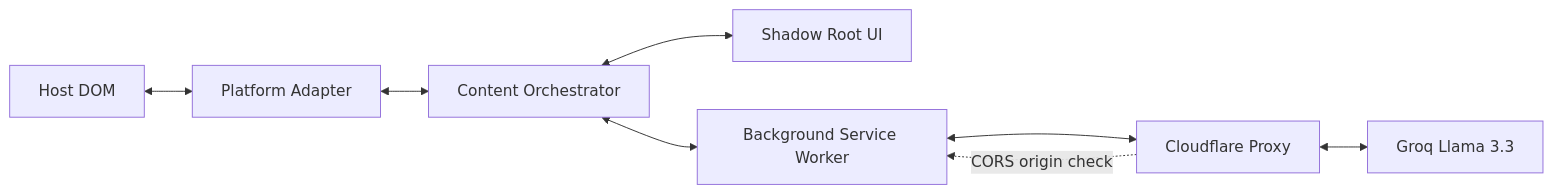
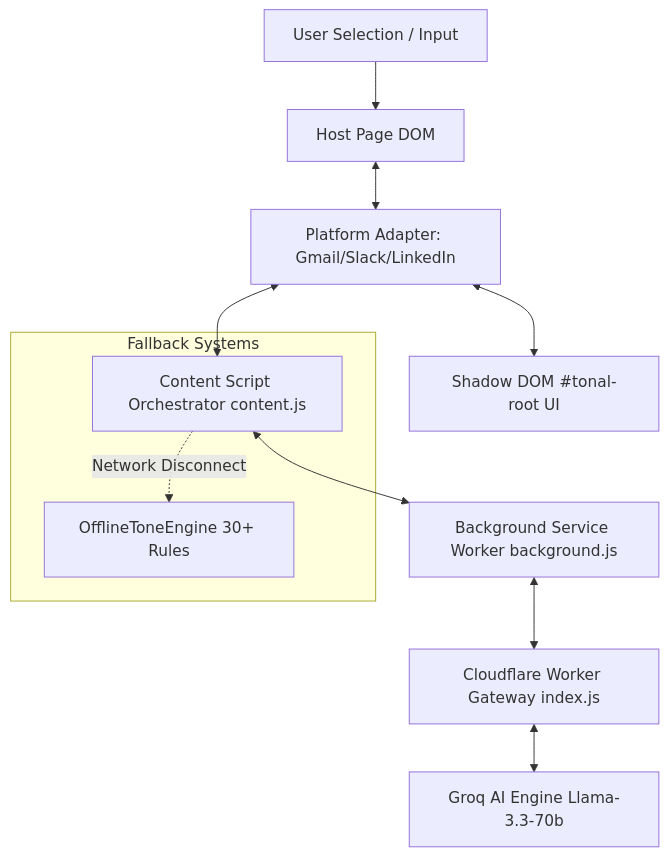
The diagram in README.md (kwakhare5/tonal), drawn with Mermaid before and after one commit. The commit also changed other lines of this file and 2 other files, not shown here.

````diff
--- a/README.md
+++ b/README.md
@@ -112,10 +102,14 @@
 ```mermaid
-flowchart LR
-    A[Host DOM] <--> B[Platform Adapter]
-    B <--> C[Content Orchestrator]
-    C <--> D[Shadow Root UI]
-    C <--> E[Background Service Worker]
-    E <--> F[Cloudflare Proxy]
-    F <--> G[Groq Llama 3.3]
-    F -.->|CORS origin check| E
+flowchart TD
+    A[User Selection / Input] --> B[Host Page DOM]
+    B <--> C[Platform Adapter: Gmail/Slack/LinkedIn]
+    C <--> D[Shadow DOM #tonal-root UI]
+    C <--> E[Content Script Orchestrator content.js]
+    E <--> F[Background Service Worker background.js]
+    F <--> G[Cloudflare Worker Gateway index.js]
+    G <--> H[Groq AI Engine Llama-3.3-70b]
+
+    subgraph Fallback Systems
+        E -.->|Network Disconnect| I[OfflineToneEngine 30+ Rules]
+    end
 ```
````
